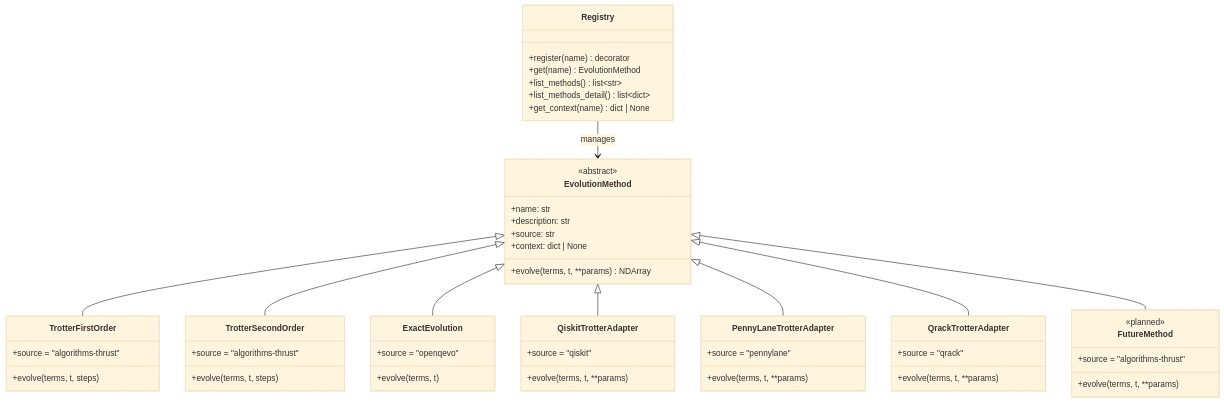
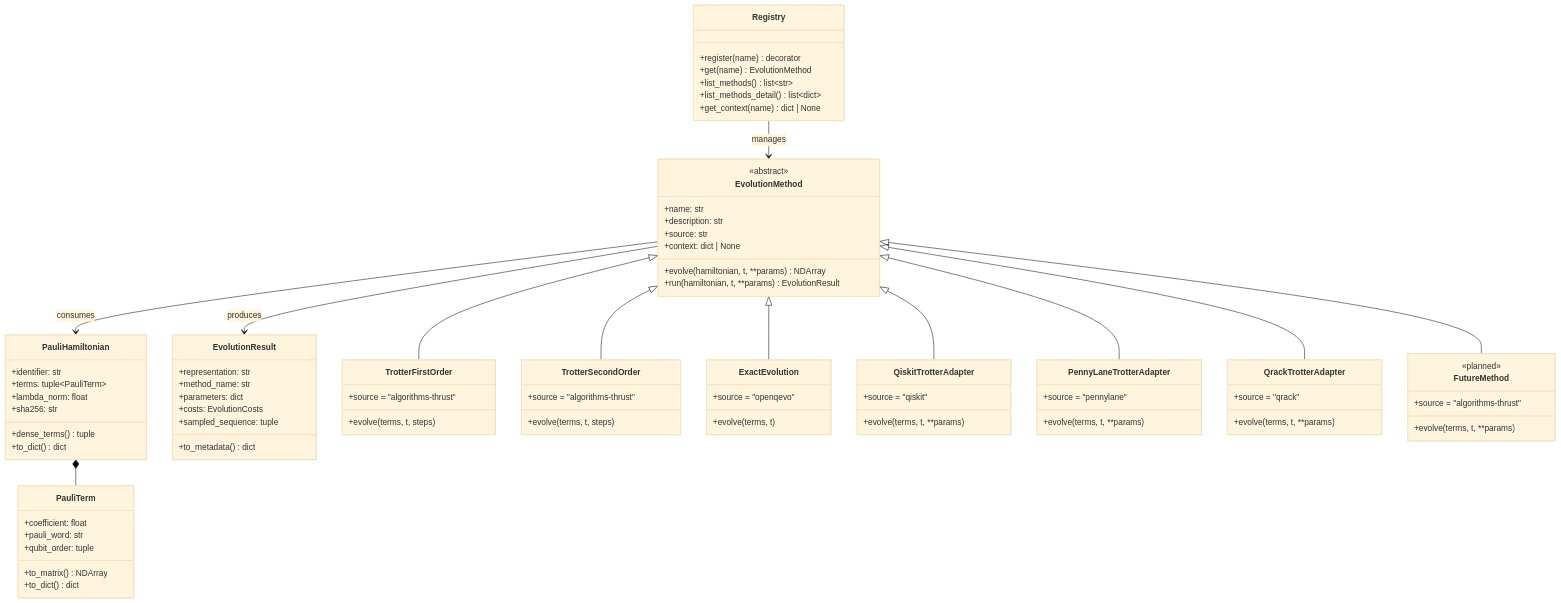
One commit to QSCSoftwareEcosystem/OpenQEvo changed the second of 2 diagrams in docs/architecture.md. Above: the diagram before and after it, drawn with Mermaid (base theme). The commit also changed other lines of this file and 48 other files, not shown here.

````diff
--- a/docs/architecture.md
+++ b/docs/architecture.md
@@ -87,8 +91,35 @@
         +name: str
         +description: str
         +source: str
-        +evolve(terms, t, **params) NDArray
+        +evolve(hamiltonian, t, **params) NDArray
+        +run(hamiltonian, t, **params) EvolutionResult
         +context: dict | None
+    }
+
+    class PauliTerm {
+        +coefficient: float
+        +pauli_word: str
+        +qubit_order: tuple
+        +to_matrix() NDArray
+        +to_dict() dict
+    }
+
+    class PauliHamiltonian {
+        +identifier: str
+        +terms: tuple~PauliTerm~
+        +lambda_norm: float
+        +sha256: str
+        +dense_terms() tuple
+        +to_dict() dict
+    }
+
+    class EvolutionResult {
+        +representation: str
+        +method_name: str
+        +parameters: dict
+        +costs: EvolutionCosts
+        +sampled_sequence: tuple
+        +to_metadata() dict
     }
 
     class Registry {
@@ -142,5 +173,8 @@
     EvolutionMethod <|-- PennyLaneTrotterAdapter
     EvolutionMethod <|-- QrackTrotterAdapter
     EvolutionMethod <|-- FutureMethod
+    PauliHamiltonian *-- PauliTerm
+    EvolutionMethod --> PauliHamiltonian : consumes
+    EvolutionMethod --> EvolutionResult : produces
     Registry --> EvolutionMethod : manages
 ```
````
